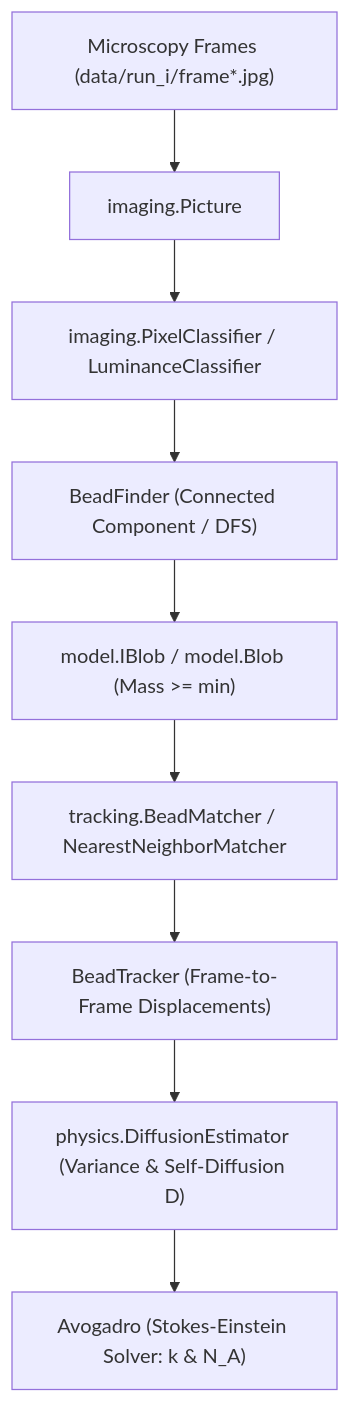
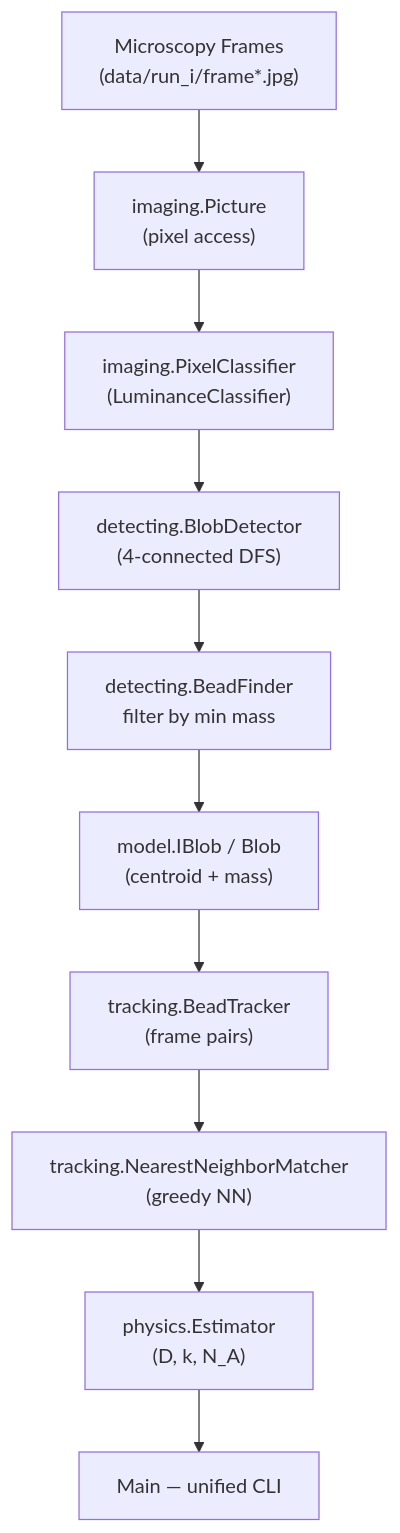
The diagram in README.md (wrathyon/brownian-beads), drawn with Mermaid before and after one commit. The commit also changed other lines of this file, not shown here.

````diff
--- a/README.md
+++ b/README.md
@@ -44,11 +40,13 @@
 ```mermaid
 flowchart TD
-    A["Microscopy Frames (data/run_i/frame*.jpg)"] --> B["imaging.Picture"]
-    B --> C["imaging.PixelClassifier / LuminanceClassifier"]
-    C --> D["BeadFinder (Connected Component / DFS)"]
-    D --> E["model.IBlob / model.Blob (Mass >= min)"]
-    E --> F["tracking.BeadMatcher / NearestNeighborMatcher"]
-    F --> G["BeadTracker (Frame-to-Frame Displacements)"]
-    G --> H["physics.DiffusionEstimator (Variance & Self-Diffusion D)"]
-    H --> I["Avogadro (Stokes-Einstein Solver: k & N_A)"]
+    A["Microscopy Frames\n(data/run_i/frame*.jpg)"]
+    A --> B["imaging.Picture\n(pixel access)"]
+    B --> C["imaging.PixelClassifier\n(LuminanceClassifier)"]
+    C --> D["detecting.BlobDetector\n(4-connected DFS)"]
+    D --> E["detecting.BeadFinder\nfilter by min mass"]
+    E --> F["model.IBlob / Blob\n(centroid + mass)"]
+    F --> G["tracking.BeadTracker\n(frame pairs)"]
+    G --> H["tracking.NearestNeighborMatcher\n(greedy NN)"]
+    H --> I["physics.Estimator\n(D, k, N_A)"]
+    I --> J["Main — unified CLI"]
 ```
````
